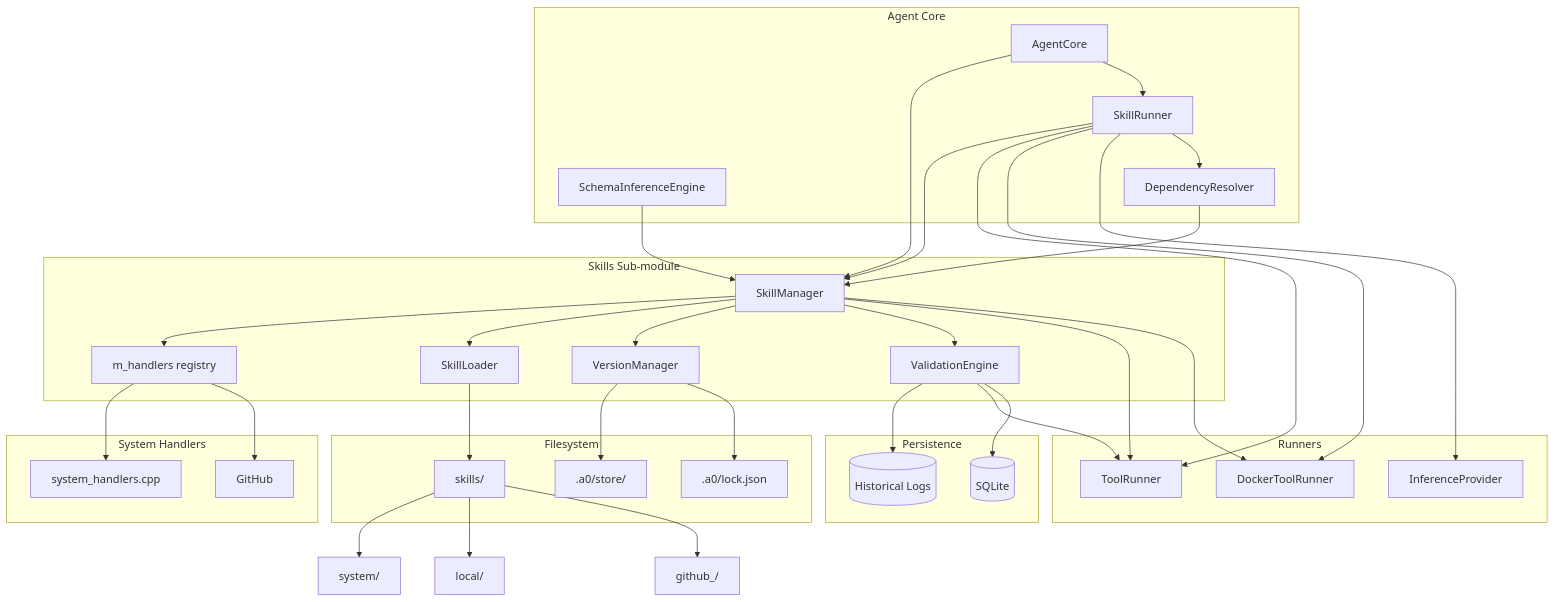
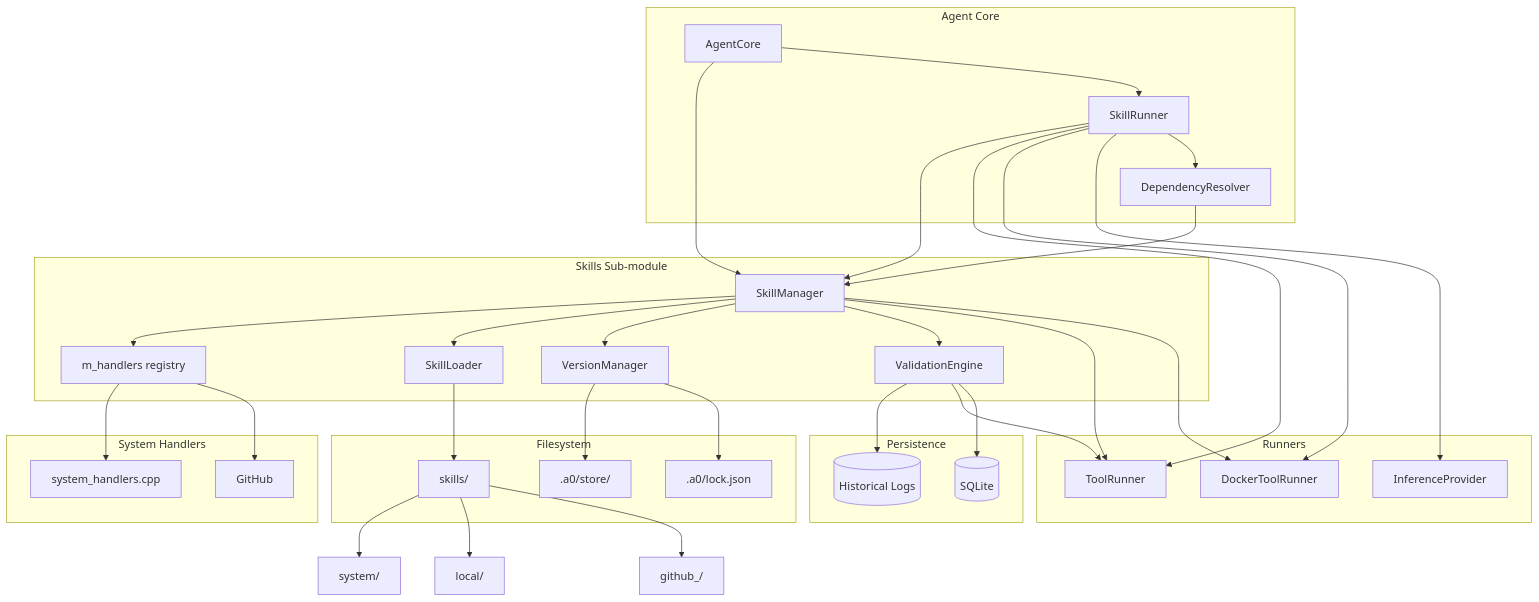
Before and after one commit to opensassi/a0: the first of 3 diagrams in src/skills/technical-specification.md, drawn with Mermaid. The commit also changed other lines of this file and 47 other files, not shown here.

Commit message:
2026-06-02-a0-architectural-cleanup-1777bba30ffexd2vQv21odnw8j

````diff
--- a/src/skills/technical-specification.md
+++ b/src/skills/technical-specification.md
@@ -503,71 +503,70 @@
 ```mermaid
 graph TB
     subgraph "Agent Core"
         Core[AgentCore]
-        SIE[SchemaInferenceEngine]
+
         DR[DependencyResolver]
         SR[SkillRunner]
     end
 
     subgraph "Skills Sub-module"
         SM[SkillManager]
         HR[m_handlers registry]
         SL[SkillLoader]
         VM[VersionManager]
         VE[ValidationEngine]
     end
 
     subgraph "System Handlers"
         SH[system_handlers.cpp]
         GH[GitHub]
     end
 
     subgraph "Runners"
         TR[ToolRunner]
         DTR[DockerToolRunner]
         IP[InferenceProvider]
     end
 
     subgraph "Persistence"
         LOG[(Historical Logs)]
         PS[(SQLite)]
     end
 
     subgraph "Filesystem"
         SK_DIR[skills/]
         STORE[.a0/store/]
         LCK[.a0/lock.json]
     end
 
     Core --> SM
     Core --> SR
-    SIE --> SM
     SR --> SM
     SR --> TR
     SR --> DTR
     SR --> IP
     SR --> DR
     DR --> SM
 
     SM --> HR
     SM --> SL
     SM --> VM
     SM --> VE
     SM --> TR
     SM --> DTR
 
     HR --> SH
     HR --> GH
 
     VE --> LOG
     VE --> TR
     VE --> PS
 
     SL --> SK_DIR
     VM --> STORE
     VM --> LCK
 
     SK_DIR --> SYS[system/]
     SK_DIR --> LOC[local/]
     SK_DIR --> GHU[github_<user>/]
 ```
````
